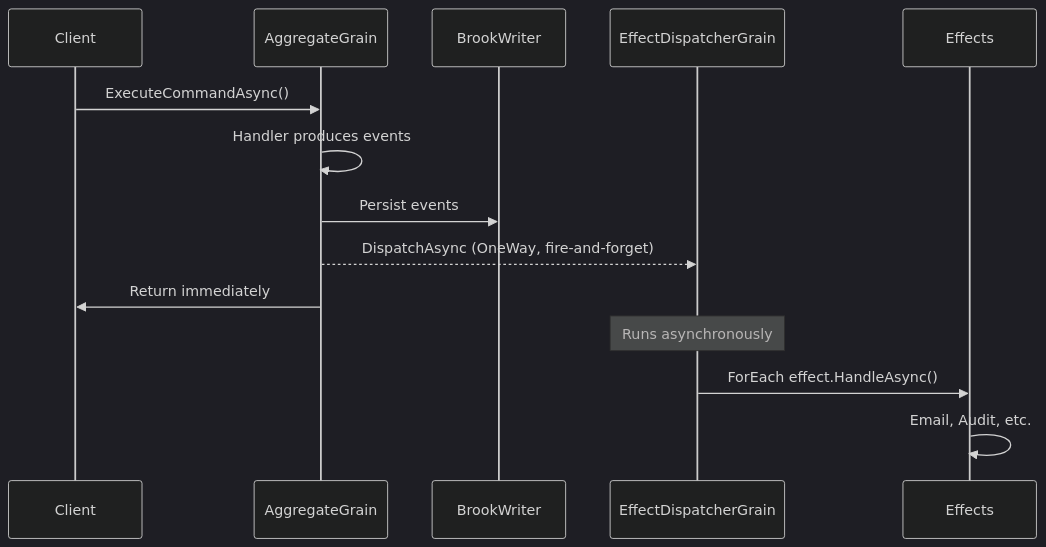
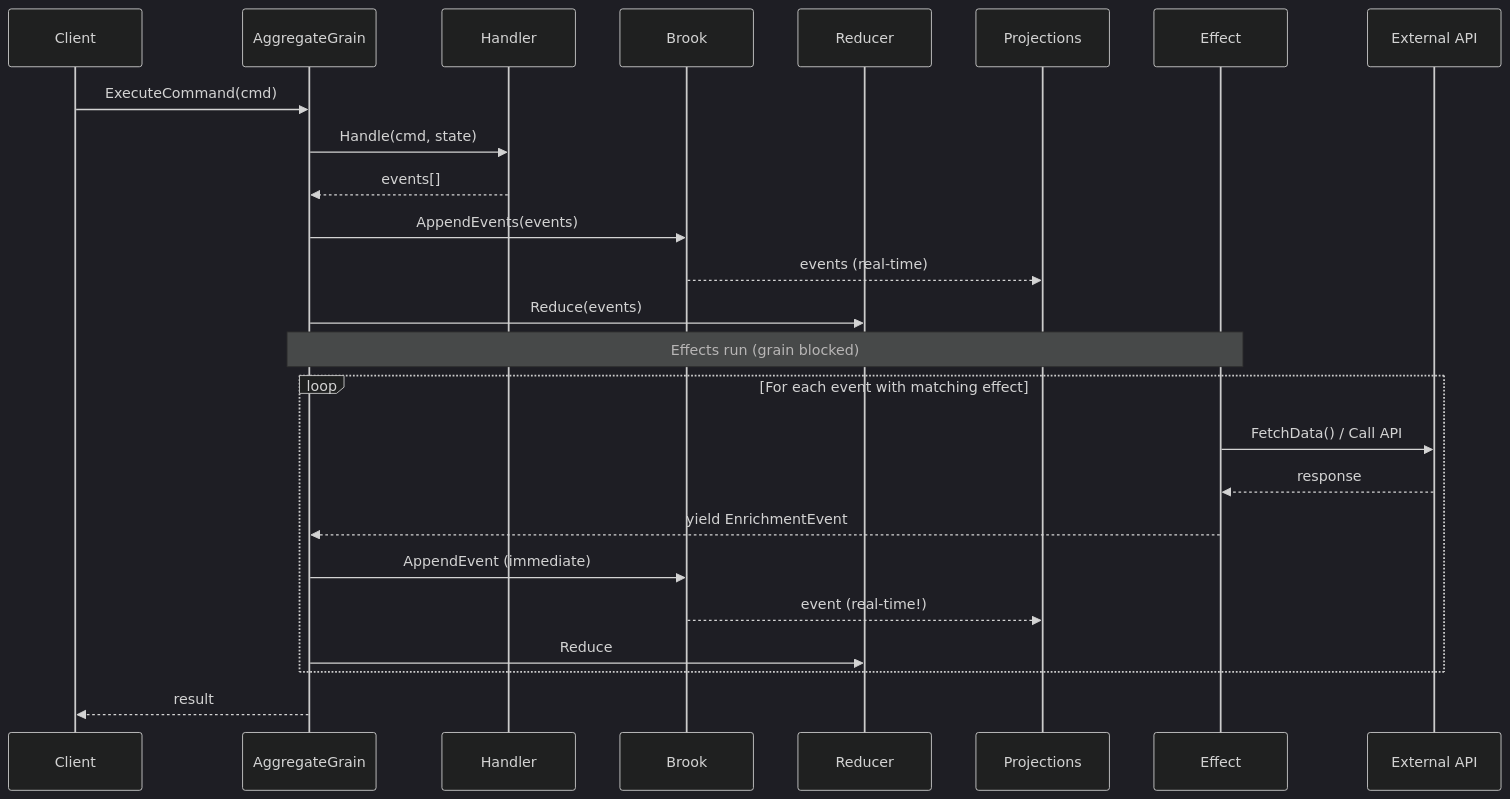
Before and after one commit to Gibbs-Morris/mississippi: the diagram in spec/add-server-side-event-effects/rfc.md, drawn with Mermaid (dark theme). The commit also changed other lines of this file and 7 other files, not shown here.

````diff
--- a/spec/add-server-side-event-effects/rfc.md
+++ b/spec/add-server-side-event-effects/rfc.md
@@ -342,17 +166,31 @@
 ```mermaid
 sequenceDiagram
     participant Client
-    participant AggregateGrain
-    participant BrookWriter
-    participant EffectDispatcherGrain
-    participant Effects
+    participant Grain as AggregateGrain
+    participant Handler
+    participant Brook
+    participant Reducer
+    participant Projections
+    participant Effect
+    participant External as External API
 
-    Client->>AggregateGrain: ExecuteCommandAsync()
-    AggregateGrain->>AggregateGrain: Handler produces events
-    AggregateGrain->>BrookWriter: Persist events
-    AggregateGrain-->>EffectDispatcherGrain: DispatchAsync (OneWay, fire-and-forget)
-    AggregateGrain->>Client: Return immediately
-    Note over EffectDispatcherGrain: Runs asynchronously
-    EffectDispatcherGrain->>Effects: ForEach effect.HandleAsync()
-    Effects->>Effects: Email, Audit, etc.
+    Client->>Grain: ExecuteCommand(cmd)
+    Grain->>Handler: Handle(cmd, state)
+    Handler-->>Grain: events[]
+    Grain->>Brook: AppendEvents(events)
+    Brook-->>Projections: events (real-time)
+    Grain->>Reducer: Reduce(events)
+    
+    Note over Grain,Effect: Effects run (grain blocked)
+    
+    loop For each event with matching effect
+        Effect->>External: FetchData() / Call API
+        External-->>Effect: response
+        Effect-->>Grain: yield EnrichmentEvent
+        Grain->>Brook: AppendEvent (immediate)
+        Brook-->>Projections: event (real-time!)
+        Grain->>Reducer: Reduce
+    end
+    
+    Grain-->>Client: result
 ```
````
